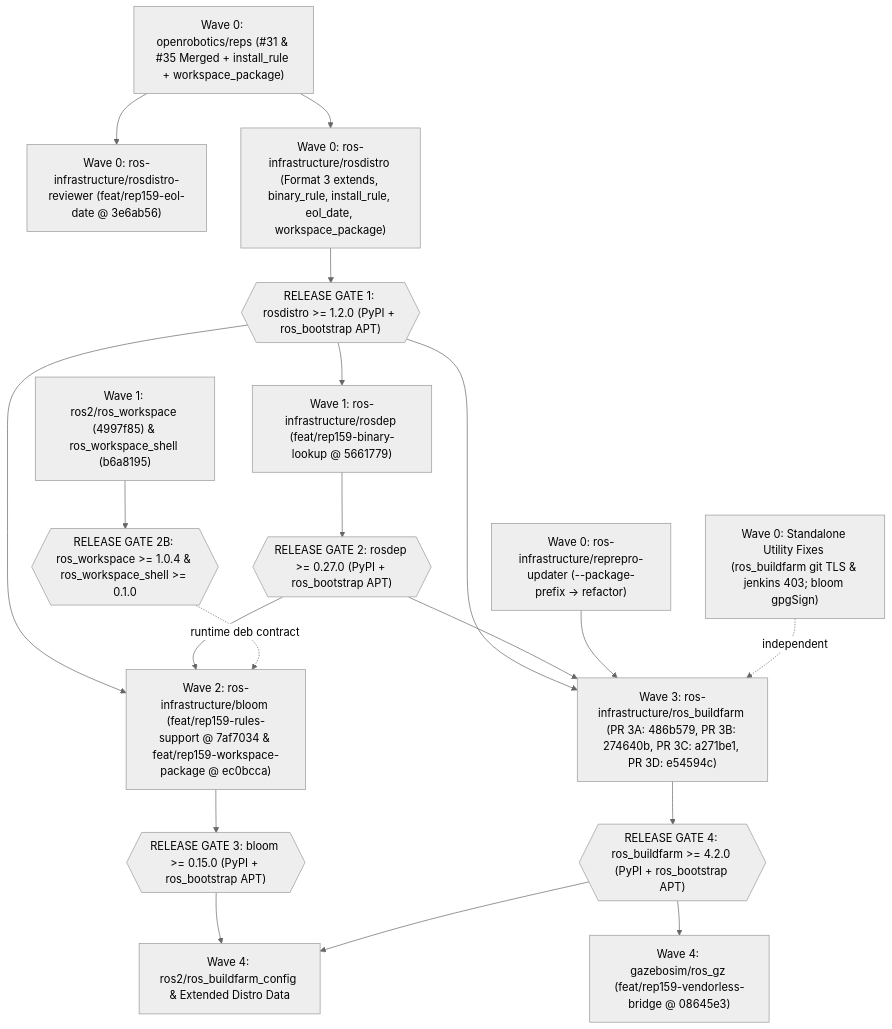
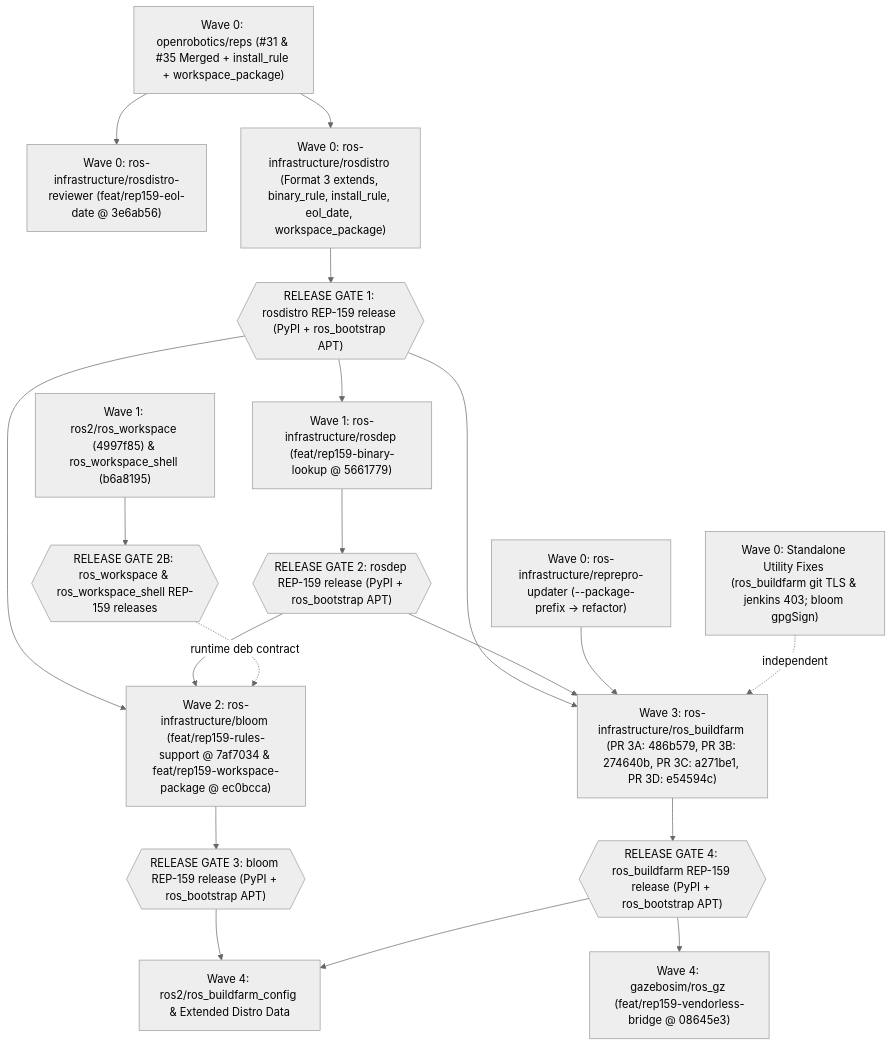
The diagram in roadmap/README.md (KmoM88/rep159-testing), drawn with Mermaid (neutral theme) before and after one commit. The commit also changed other lines of this file and 6 other files, not shown here.

Commit message:
Remove speculative future release version numbers from Release Gates across rollout and roadmap docs

````diff
--- a/roadmap/README.md
+++ b/roadmap/README.md
@@ -11,47 +11,47 @@
 ```mermaid
 flowchart TD
     REPS["Wave 0: openrobotics/reps (#31 & #35 Merged + install_rule + workspace_package)"]
     REPREPRO["Wave 0: ros-infrastructure/reprepro-updater (--package-prefix -> refactor)"]
     REVIEWER["Wave 0: ros-infrastructure/rosdistro-reviewer (feat/rep159-eol-date @ 3e6ab56)"]
     BF_UTIL["Wave 0: Standalone Utility Fixes (ros_buildfarm git TLS & jenkins 403; bloom gpgSign)"]
     ROSDISTRO["Wave 0: ros-infrastructure/rosdistro (Format 3 extends, binary_rule, install_rule, eol_date, workspace_package)"]
 
-    GATE1{{"RELEASE GATE 1: rosdistro >= 1.2.0 (PyPI + ros_bootstrap APT)"}}
+    GATE1{{"RELEASE GATE 1: rosdistro REP-159 release (PyPI + ros_bootstrap APT)"}}
 
     ROSDEP["Wave 1: ros-infrastructure/rosdep (feat/rep159-binary-lookup @ 5661779)"]
     WORKSPACE["Wave 1: ros2/ros_workspace (4997f85) & ros_workspace_shell (b6a8195)"]
 
-    GATE2{{"RELEASE GATE 2: rosdep >= 0.27.0 (PyPI + ros_bootstrap APT)"}}
-    GATE2B{{"RELEASE GATE 2B: ros_workspace >= 1.0.4 & ros_workspace_shell >= 0.1.0"}}
+    GATE2{{"RELEASE GATE 2: rosdep REP-159 release (PyPI + ros_bootstrap APT)"}}
+    GATE2B{{"RELEASE GATE 2B: ros_workspace & ros_workspace_shell REP-159 releases"}}
 
     BLOOM["Wave 2: ros-infrastructure/bloom (feat/rep159-rules-support @ 7af7034 & feat/rep159-workspace-package @ ec0bcca)"]
-    GATE3{{"RELEASE GATE 3: bloom >= 0.15.0 (PyPI + ros_bootstrap APT)"}}
+    GATE3{{"RELEASE GATE 3: bloom REP-159 release (PyPI + ros_bootstrap APT)"}}
 
     BUILDFARM["Wave 3: ros-infrastructure/ros_buildfarm (PR 3A: 486b579, PR 3B: 274640b, PR 3C: a271be1, PR 3D: e54594c)"]
-    GATE4{{"RELEASE GATE 4: ros_buildfarm >= 4.2.0 (PyPI + ros_bootstrap APT)"}}
+    GATE4{{"RELEASE GATE 4: ros_buildfarm REP-159 release (PyPI + ros_bootstrap APT)"}}
 
     ROS_GZ["Wave 4: gazebosim/ros_gz (feat/rep159-vendorless-bridge @ 08645e3)"]
     CONFIG["Wave 4: ros2/ros_buildfarm_config & Extended Distro Data"]
 
     REPS --> ROSDISTRO
     REPS --> REVIEWER
     ROSDISTRO --> GATE1
     GATE1 --> ROSDEP
     ROSDEP --> GATE2
 
     GATE1 --> BLOOM
     GATE2 --> BLOOM
     WORKSPACE --> GATE2B
     GATE2B -. "runtime deb contract" .-> BLOOM
     BLOOM --> GATE3
 
     GATE1 --> BUILDFARM
     GATE2 --> BUILDFARM
     REPREPRO --> BUILDFARM
     BF_UTIL -. "independent" .-> BUILDFARM
     BUILDFARM --> GATE4
 
     GATE3 --> CONFIG
     GATE4 --> CONFIG
     GATE4 --> ROS_GZ
 ```
````
